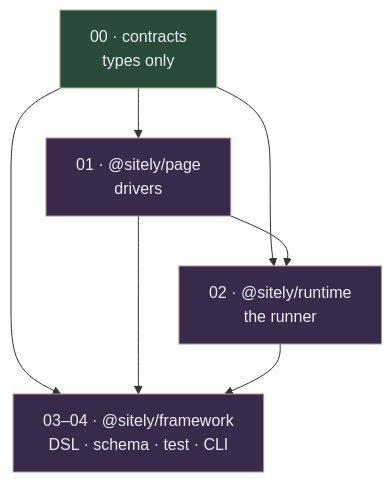
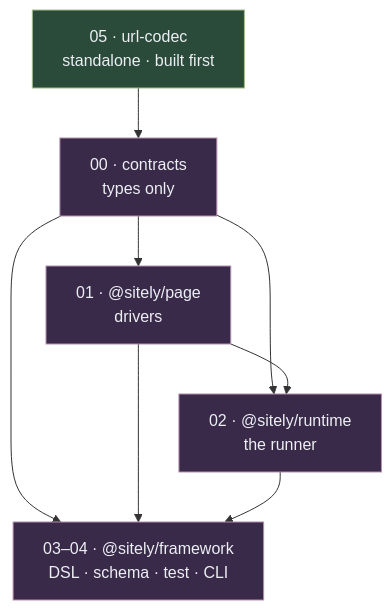
The second of 2 diagrams in docs/plan/index.md (midzdotdev/sitely), drawn with Mermaid before and after one commit. The commit also changed other lines of this file and 8 other files, not shown here.

````diff
--- a/docs/plan/index.md
+++ b/docs/plan/index.md
@@ -73,19 +73,21 @@
 ```mermaid
 flowchart TB
+    U["05 · url-codec<br/>standalone · built first"]
     C["00 · contracts<br/>types only"]
     Pg["01 · @sitely/page<br/>drivers"]
     Rt["02 · @sitely/runtime<br/>the runner"]
     Fw["03–04 · @sitely/framework<br/>DSL · schema · test · CLI"]
 
+    U --> C
     C --> Pg
     C --> Rt
     Pg --> Rt
     C --> Fw
     Pg --> Fw
     Rt --> Fw
 
     classDef leaf fill:#2a4a3a,stroke:#a3be8c,color:#eceff4
     classDef mid fill:#3a2a4a,stroke:#b48ead,color:#eceff4
-    class C leaf
-    class Pg,Rt,Fw mid
+    class U leaf
+    class C,Pg,Rt,Fw mid
 ```
````
